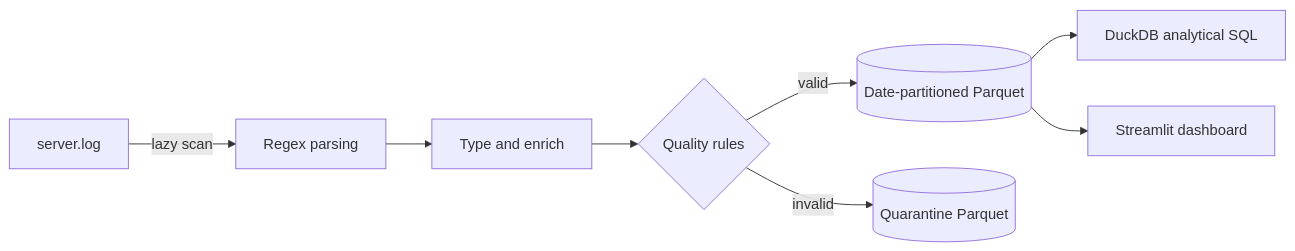
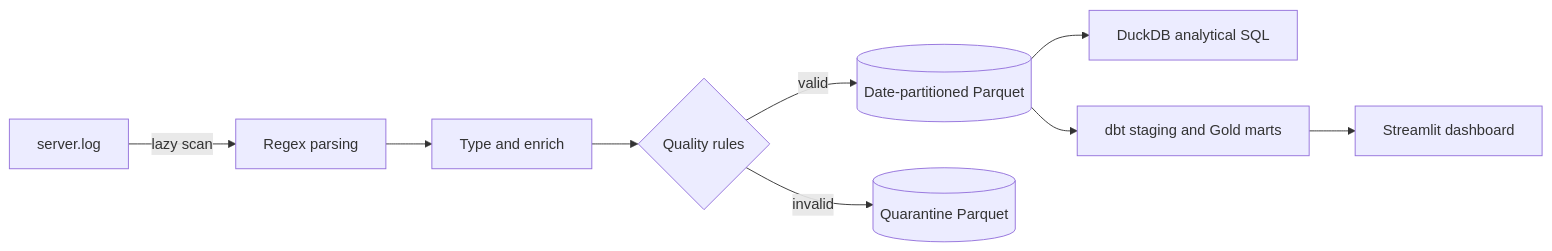
Before and after one commit to gadelha-allan/log-analytics-engine: the diagram in README.md, drawn with Mermaid. The commit also changed other lines of this file and 11 other files, not shown here.

Commit message:
feat(dbt): build dimensional gold analytics layer

````diff
--- a/README.md
+++ b/README.md
@@ -18,10 +18,11 @@
 ```mermaid
 flowchart LR
     A[server.log] -->|lazy scan| B[Regex parsing]
     B --> C[Type and enrich]
     C --> D{Quality rules}
     D -->|valid| E[(Date-partitioned Parquet)]
     D -->|invalid| F[(Quarantine Parquet)]
     E --> G[DuckDB analytical SQL]
-    E --> H[Streamlit dashboard]
+    E --> H[dbt staging and Gold marts]
+    H --> I[Streamlit dashboard]
 ```
````
